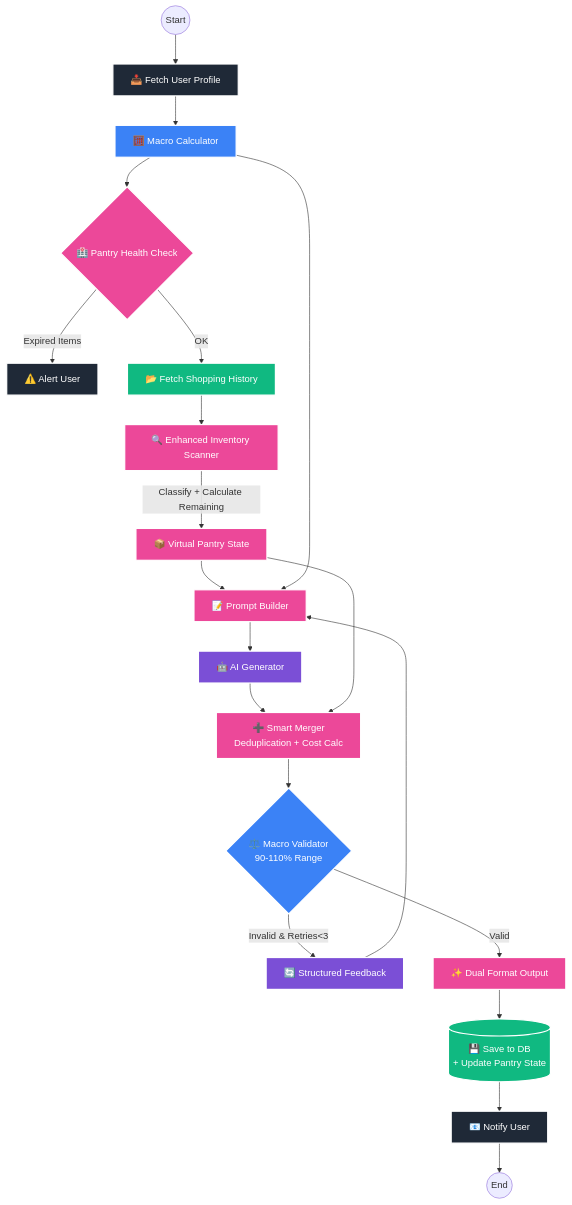
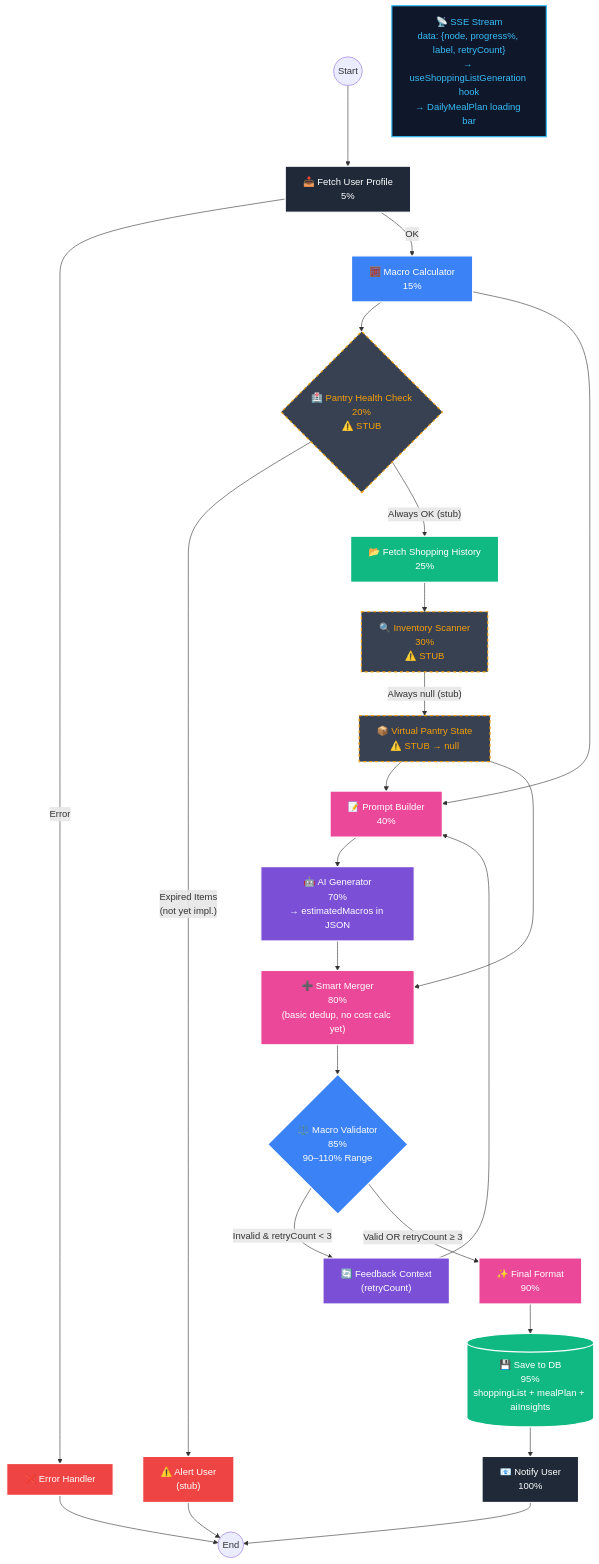
Before and after one commit to MatuxTV/eatrivo: the diagram in diagrams/ shopping-list/shopping-list.mmd, drawn with Mermaid. The commit also changed 39 other files, not shown here.

Commit message:
implementation of graph for creation of shopping list using LangGraph

```diff
--- a/diagrams/ shopping-list/shopping-list.mmd
+++ b/diagrams/ shopping-list/shopping-list.mmd
@@ -1,46 +1,55 @@
 graph TD
-    START((Start)) --> FETCH_USER[📥 Fetch User Profile]
-    
-    FETCH_USER --> MACRO_CALC[🧮 Macro Calculator]
-    
-    MACRO_CALC --> PANTRY_HEALTH{🏥 Pantry Health Check}
-    PANTRY_HEALTH -- "Expired Items" --> ALERT_USER[⚠️ Alert User]
-    PANTRY_HEALTH -- "OK" --> FETCH_HISTORY
-    
-    FETCH_HISTORY[📂 Fetch Shopping History] --> INVENTORY_SCAN[🔍 Enhanced Inventory Scanner]
-    
-    INVENTORY_SCAN -- "Classify + Calculate Remaining" --> VIRTUAL_PANTRY[📦 Virtual Pantry State]
-    
-    VIRTUAL_PANTRY --> PROMPT_BUILDER[📝 Prompt Builder]
+    START((Start)) --> FETCH_USER["📥 Fetch User Profile\n5%"]
+
+    FETCH_USER -- "Error" --> ERROR_HANDLER["❌ Error Handler"]
+    FETCH_USER -- "OK" --> MACRO_CALC["🧮 Macro Calculator\n15%"]
+
+    MACRO_CALC --> PANTRY_HEALTH{"🏥 Pantry Health Check\n20%\n⚠️ STUB"}
+    PANTRY_HEALTH -- "Expired Items\n(not yet impl.)" --> ALERT_USER["⚠️ Alert User\n(stub)"]
+    PANTRY_HEALTH -- "Always OK (stub)" --> FETCH_HISTORY
+
+    FETCH_HISTORY["📂 Fetch Shopping History\n25%"] --> INVENTORY_SCAN["🔍 Inventory Scanner\n30%\n⚠️ STUB"]
+
+    INVENTORY_SCAN -- "Always null (stub)" --> VIRTUAL_PANTRY["📦 Virtual Pantry State\n⚠️ STUB → null"]
+
+    VIRTUAL_PANTRY --> PROMPT_BUILDER["📝 Prompt Builder\n40%"]
     MACRO_CALC --> PROMPT_BUILDER
-    
-    PROMPT_BUILDER --> AI_GEN[🤖 AI Generator]
-    
-    AI_GEN --> MERGER[➕ Smart Merger<br/>Deduplication + Cost Calc]
+    FEEDBACK_CTX["🔄 Feedback Context\n(retryCount)"] --> PROMPT_BUILDER
+
+    PROMPT_BUILDER --> AI_GEN["🤖 AI Generator\n70%\n→ estimatedMacros in JSON"]
+
+    AI_GEN --> MERGER["➕ Smart Merger\n80%\n(basic dedup, no cost calc yet)"]
     VIRTUAL_PANTRY --> MERGER
-    
-    MERGER --> MACRO_VALIDATOR{⚖️ Macro Validator<br/>90-110% Range}
-    
-    MACRO_VALIDATOR -- "Invalid & Retries<3" --> FEEDBACK[🔄 Structured Feedback]
-    FEEDBACK --> PROMPT_BUILDER
-    
-    MACRO_VALIDATOR -- "Valid" --> FINAL_FORMAT[✨ Dual Format Output]
-    
-    FINAL_FORMAT --> SAVE_DB[(💾 Save to DB<br/>+ Update Pantry State)]
-    
-    SAVE_DB --> NOTIFY_USER[📧 Notify User]
-    
+
+    MERGER --> MACRO_VALIDATOR{"⚖️ Macro Validator\n85%\n90–110% Range"}
+
+    MACRO_VALIDATOR -- "Invalid & retryCount < 3" --> FEEDBACK_CTX
+    MACRO_VALIDATOR -- "Valid OR retryCount ≥ 3" --> FINAL_FORMAT["✨ Final Format\n90%"]
+
+    FINAL_FORMAT --> SAVE_DB[("💾 Save to DB\n95%\nshoppingList + mealPlan + aiInsights")]
+
+    SAVE_DB --> NOTIFY_USER["📧 Notify User\n100%"]
     NOTIFY_USER --> END((End))
-    
+
+    ERROR_HANDLER --> END
+    ALERT_USER --> END
+
+    SSE["📡 SSE Stream\ndata: {node, progress%, label, retryCount}\n→ useShoppingListGeneration hook\n→ DailyMealPlan loading bar"]
+
     classDef user fill:#1F2937,stroke:#fff,stroke-width:2px,color:#fff;
     classDef math fill:#3B82F6,stroke:#fff,stroke-width:2px,color:#fff;
     classDef ai fill:#7B4FD6,stroke:#fff,stroke-width:2px,color:#fff;
     classDef logic fill:#EC4899,stroke:#fff,stroke-width:2px,color:#fff;
     classDef db fill:#10B981,stroke:#fff,stroke-width:2px,color:#fff;
     classDef error fill:#EF4444,stroke:#fff,stroke-width:2px,color:#fff;
-    
-    class FETCH_USER,ALERT_USER,NOTIFY_USER user
+    classDef stub fill:#374151,stroke:#F59E0B,stroke-width:2px,color:#F59E0B,stroke-dasharray:5 5;
+    classDef stream fill:#0F172A,stroke:#38BDF8,stroke-width:2px,color:#38BDF8;
+
+    class FETCH_USER,NOTIFY_USER user
     class MACRO_CALC,MACRO_VALIDATOR math
-    class AI_GEN,FEEDBACK ai
-    class PANTRY_HEALTH,INVENTORY_SCAN,MERGER,VIRTUAL_PANTRY,PROMPT_BUILDER,FINAL_FORMAT logic
+    class AI_GEN,FEEDBACK_CTX ai
+    class MERGER,PROMPT_BUILDER,FINAL_FORMAT logic
     class FETCH_HISTORY,SAVE_DB db
+    class ERROR_HANDLER,ALERT_USER error
+    class PANTRY_HEALTH,INVENTORY_SCAN,VIRTUAL_PANTRY stub
+    class SSE stream
```
